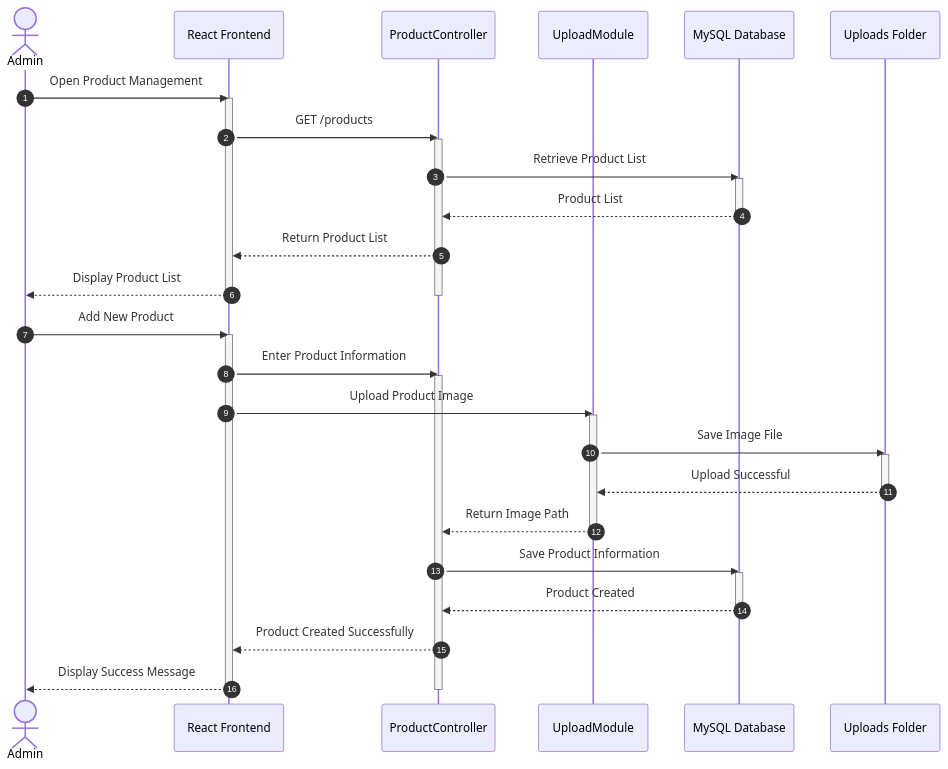
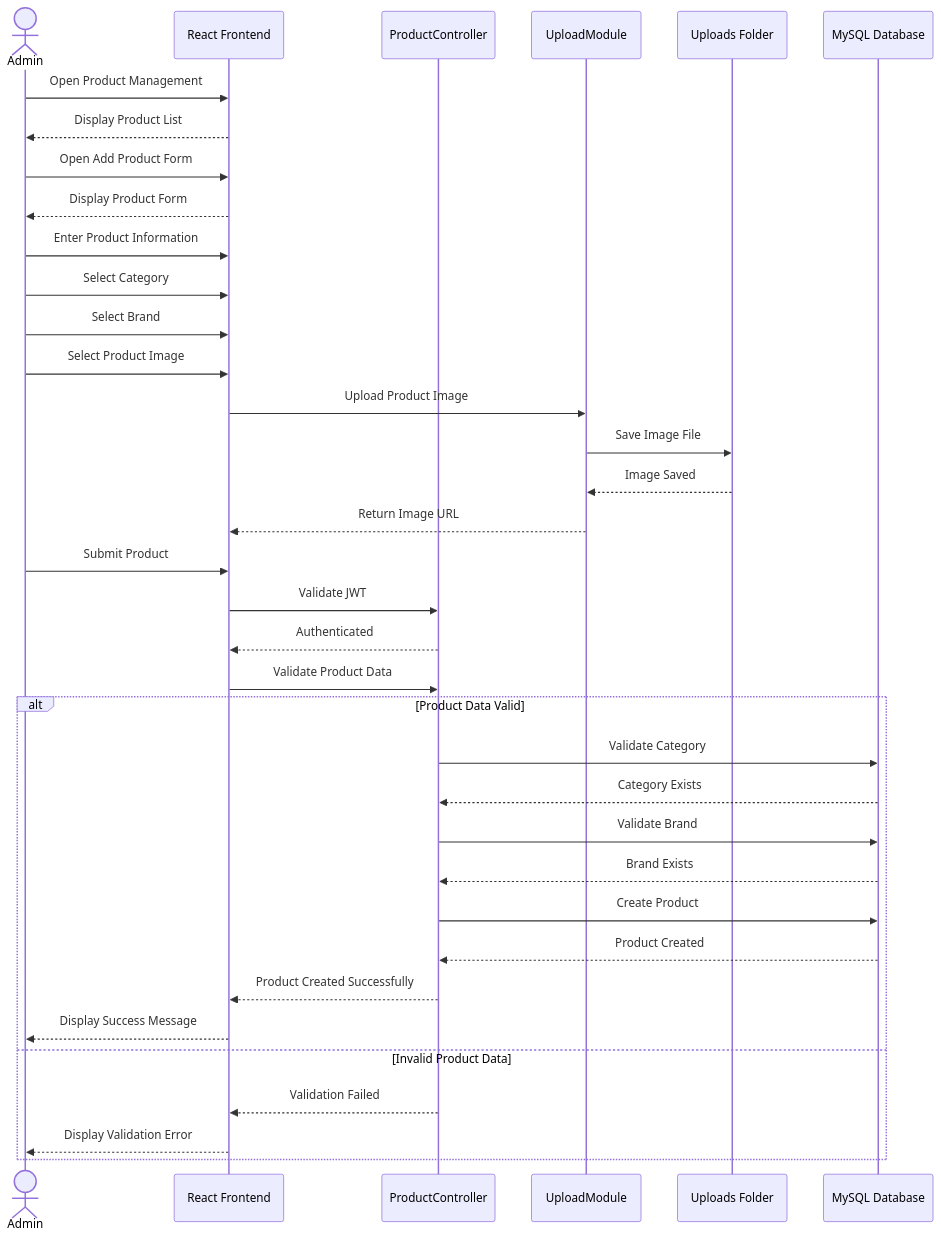
Before and after one commit to rachapoomthu-max/WorkShop: the fourth of 5 diagrams in diagram/Sequence Diagram.md, drawn with Mermaid. The commit also changed other lines of this file and 7 other files, not shown here.

````diff
--- a/diagram/Sequence Diagram.md
+++ b/diagram/Sequence Diagram.md
@@ -441,93 +293,75 @@
 ```mermaid
 sequenceDiagram
 
-autonumber
-
 actor Admin
 
-participant Frontend as React Frontend
+participant FE as React Frontend
 participant ProductController
 participant UploadModule
+participant Storage as Uploads Folder
 participant DB as MySQL Database
-participant Storage as Uploads Folder
 
-%% ======================================
+%% =====================================
 %% Open Product Management
-%% ======================================
+%% =====================================
 
-Admin->>Frontend: Open Product Management
+Admin->>FE: Open Product Management
+FE-->>Admin: Display Product List
 
-activate Frontend
+%% =====================================
+%% Open Add Product Form
+%% =====================================
 
-Frontend->>ProductController: GET /products
+Admin->>FE: Open Add Product Form
+FE-->>Admin: Display Product Form
 
-activate ProductController
+%% =====================================
+%% Fill Product Information
+%% =====================================
 
-ProductController->>DB: Retrieve Product List
+Admin->>FE: Enter Product Information
+Admin->>FE: Select Category
+Admin->>FE: Select Brand
+Admin->>FE: Select Product Image
 
-activate DB
+%% =====================================
+%% Upload Product Image
+%% =====================================
 
-DB-->>ProductController: Product List
+FE->>UploadModule: Upload Product Image
+UploadModule->>Storage: Save Image File
+Storage-->>UploadModule: Image Saved
+UploadModule-->>FE: Return Image URL
 
-deactivate DB
+%% =====================================
+%% Submit Product
+%% =====================================
 
-ProductController-->>Frontend: Return Product List
+Admin->>FE: Submit Product
 
-Frontend-->>Admin: Display Product List
+FE->>ProductController: Validate JWT
+ProductController-->>FE: Authenticated
 
-deactivate ProductController
+FE->>ProductController: Validate Product Data
 
-deactivate Frontend
+alt Product Data Valid
 
-%% ======================================
-%% Add New Product
-%% ======================================
+    ProductController->>DB: Validate Category
+    DB-->>ProductController: Category Exists
 
-Admin->>Frontend: Add New Product
+    ProductController->>DB: Validate Brand
+    DB-->>ProductController: Brand Exists
 
-activate Frontend
+    ProductController->>DB: Create Product
+    DB-->>ProductController: Product Created
 
-Frontend->>ProductController: Enter Product Information
+    ProductController-->>FE: Product Created Successfully
+    FE-->>Admin: Display Success Message
 
-activate ProductController
+else Invalid Product Data
 
-%% ======================================
-%% Upload Image
-%% ======================================
+    ProductController-->>FE: Validation Failed
+    FE-->>Admin: Display Validation Error
 
-Frontend->>UploadModule: Upload Product Image
-
-activate UploadModule
-
-UploadModule->>Storage: Save Image File
-
-activate Storage
-
-Storage-->>UploadModule: Upload Successful
-
-deactivate Storage
-
-UploadModule-->>ProductController: Return Image Path
-
-deactivate UploadModule
-
-%% ======================================
-%% Save Product
-%% ======================================
-
-ProductController->>DB: Save Product Information
-
-activate DB
-
-DB-->>ProductController: Product Created
-
-deactivate DB
-
-ProductController-->>Frontend: Product Created Successfully
-
-Frontend-->>Admin: Display Success Message
-
-deactivate ProductController
-
-deactivate Frontend
+end
 ```
````
